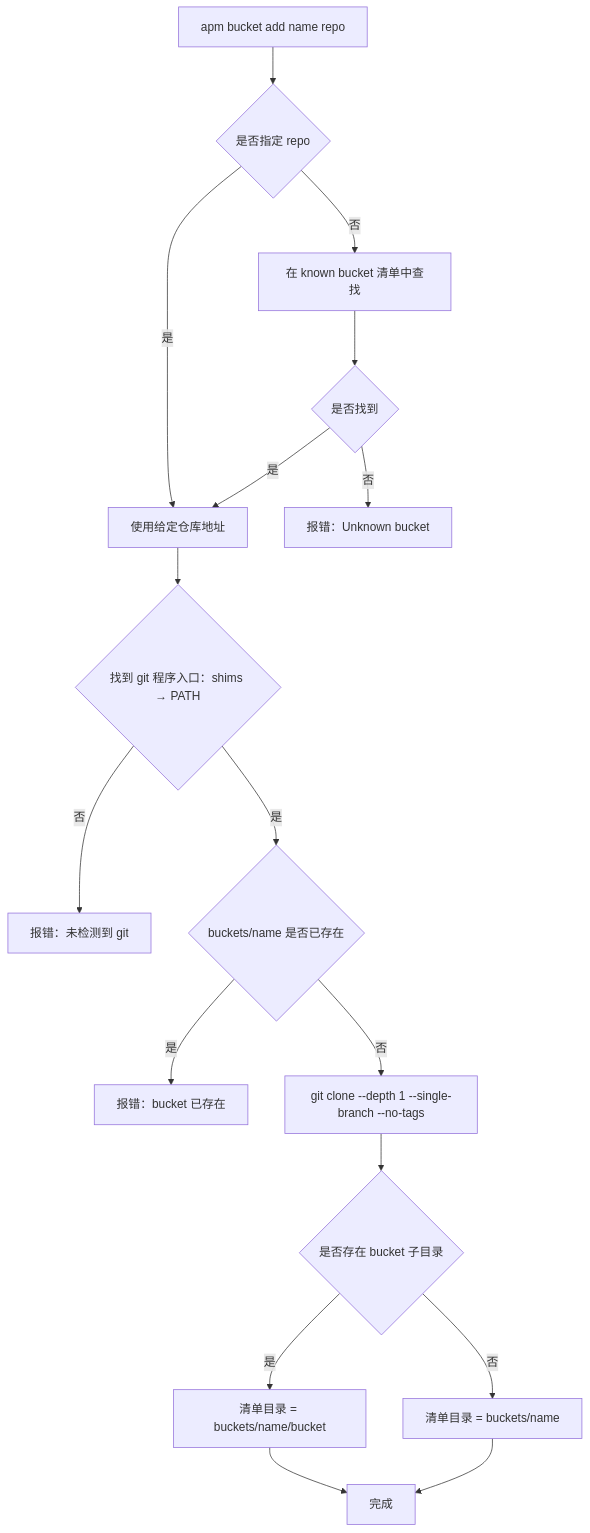
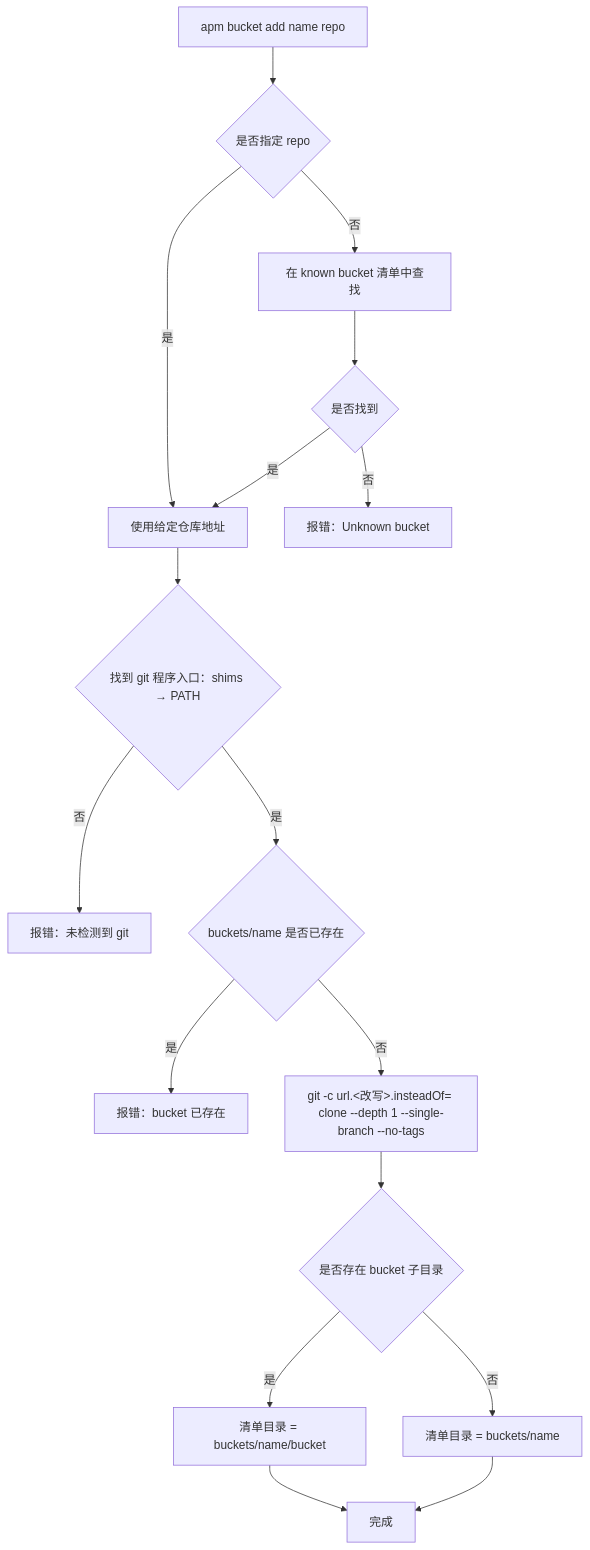
Before and after one commit to Adrts/APM: the second of 14 diagrams in docs/design.md, drawn with Mermaid. The commit also changed other lines of this file and 5 other files, not shown here.

````diff
--- a/docs/design.md
+++ b/docs/design.md
@@ -861,19 +862,19 @@
 ```mermaid
 flowchart TD
     A["apm bucket add name repo"] --> B{"是否指定 repo"}
     B -->|"是"| C["使用给定仓库地址"]
     B -->|"否"| D["在 known bucket 清单中查找"]
     D --> E{"是否找到"}
     E -->|"否"| F["报错：Unknown bucket"]
     E -->|"是"| C
     C --> G0{"找到 git 程序入口：shims → PATH"}
     G0 -->|"否"| G1["报错：未检测到 git"]
     G0 -->|"是"| G{"buckets/name 是否已存在"}
     G -->|"是"| H["报错：bucket 已存在"]
-    G -->|"否"| I["git clone --depth 1 --single-branch --no-tags"]
+    G -->|"否"| I["git -c url.<改写>.insteadOf=<repo> clone --depth 1 --single-branch --no-tags"]
     I --> J{"是否存在 bucket 子目录"}
     J -->|"是"| K["清单目录 = buckets/name/bucket"]
     J -->|"否"| L["清单目录 = buckets/name"]
     K --> M["完成"]
     L --> M
 ```
````
